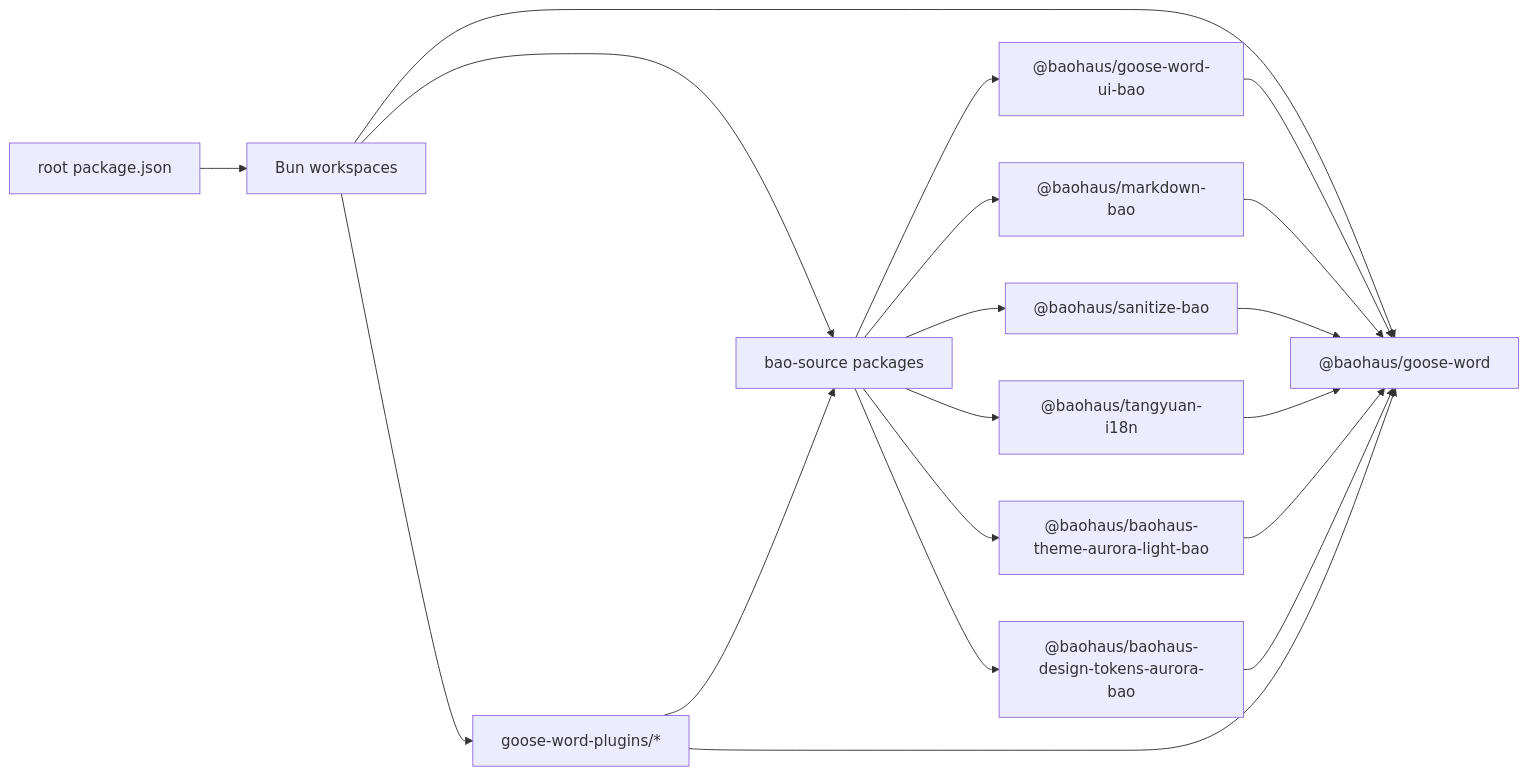
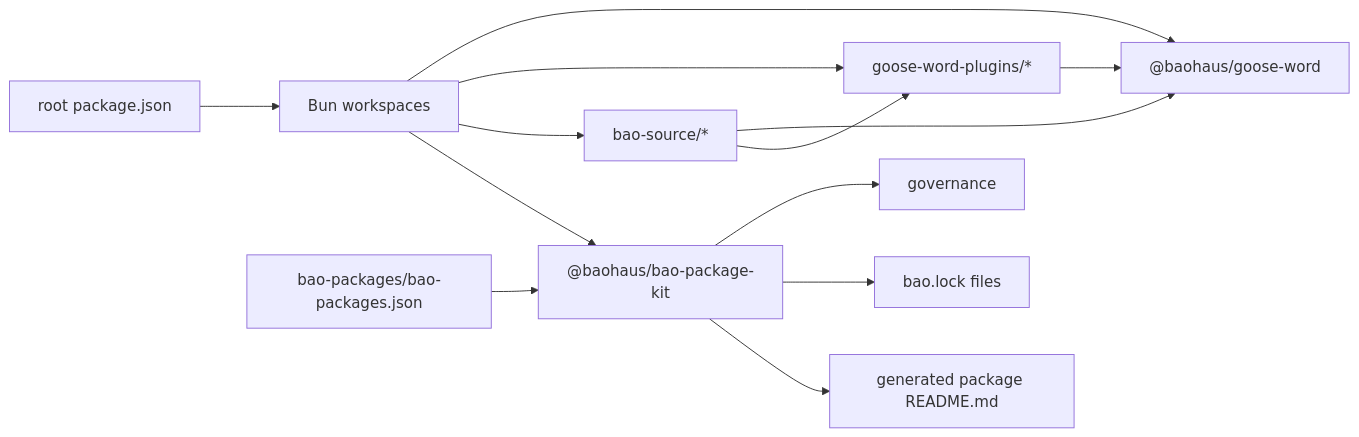
One commit to d4551/docduckgoose changed the third of 4 diagrams in README.md. Above: the diagram before and after it, drawn with Mermaid. The commit also changed other lines of this file and 295 other files, not shown here.

````diff
--- a/README.md
+++ b/README.md
@@ -139,25 +113,16 @@
 ```mermaid
 flowchart LR
   root["root package.json"] --> workspaces["Bun workspaces"]
+  workspaces --> app["@baohaus/goose-word"]
+  workspaces --> plugins["goose-word-plugins/*"]
+  workspaces --> source["bao-source/*"]
+  workspaces --> kit["@baohaus/bao-package-kit"]
 
-  workspaces --> gooseWord["@baohaus/goose-word"]
-  workspaces --> plugins["goose-word-plugins/*"]
-  workspaces --> sourcePackages["bao-source packages"]
-
-  sourcePackages --> ui["@baohaus/goose-word-ui-bao"]
-  sourcePackages --> md["@baohaus/markdown-bao"]
-  sourcePackages --> sanitize["@baohaus/sanitize-bao"]
-  sourcePackages --> i18n["@baohaus/tangyuan-i18n"]
-  sourcePackages --> theme["@baohaus/baohaus-theme-aurora-light-bao"]
-  sourcePackages --> tokens["@baohaus/baohaus-design-tokens-aurora-bao"]
-
-  ui --> gooseWord
-  md --> gooseWord
-  sanitize --> gooseWord
-  i18n --> gooseWord
-  theme --> gooseWord
-  tokens --> gooseWord
-
-  plugins --> gooseWord
-  plugins --> sourcePackages
+  catalog["bao-packages/bao-packages.json"] --> kit
+  kit --> governance
+  kit --> locks["bao.lock files"]
+  kit --> readmes["generated package README.md"]
+  source --> app
+  plugins --> app
+  source --> plugins
 ```
````
